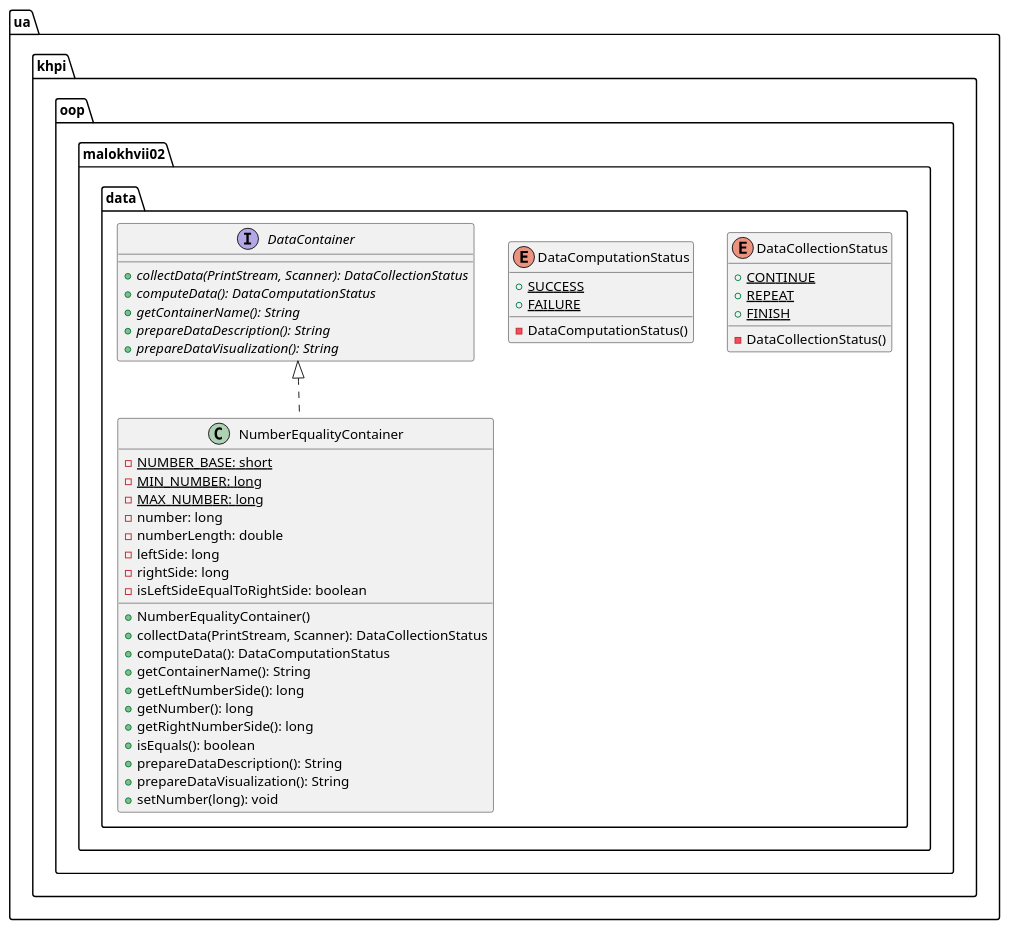
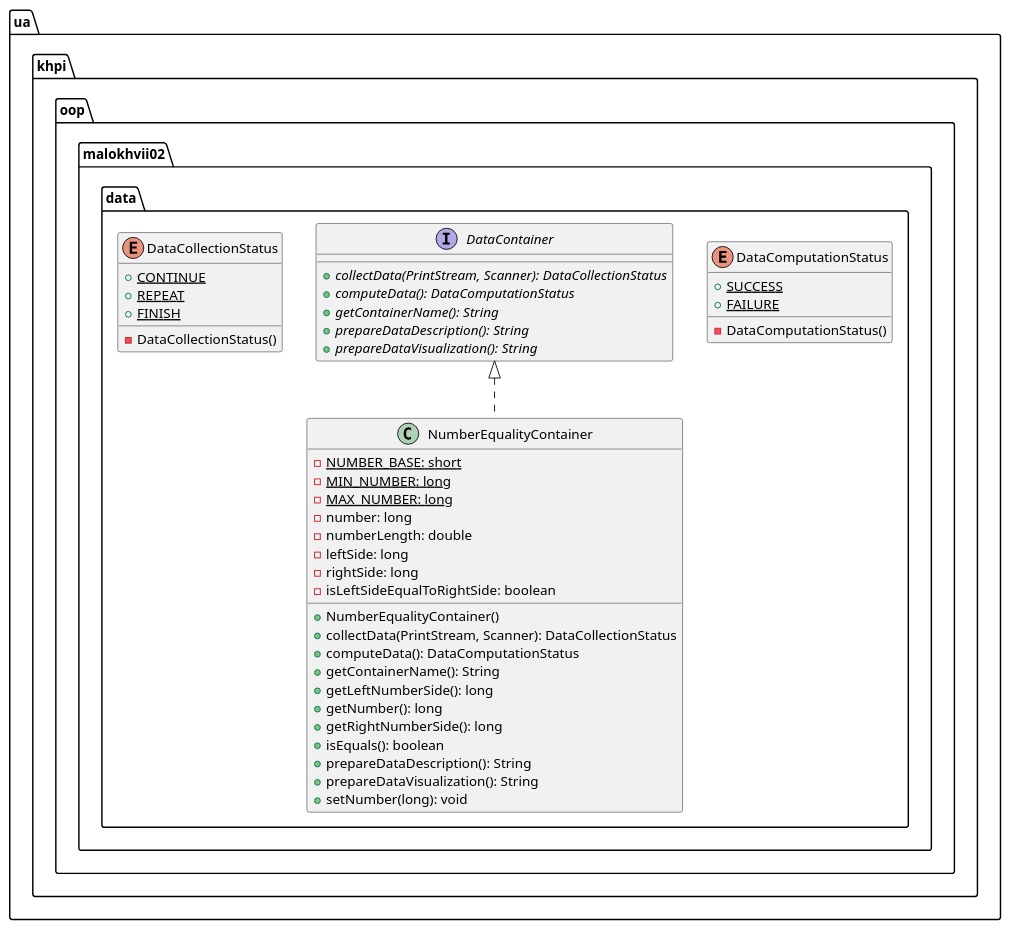
The diagram in malokhvii-eduard/malokhvii02/doc/plantuml/ua/khpi/oop/malokhvii02/data/package.puml (P-Kalin/kit26a), drawn with PlantUML before and after one commit. The commit also changed other lines of this file and 26 other files, not shown here.

Commit message:
#1, #3 malokhvii02: update graphs

```diff
--- a/malokhvii-eduard/malokhvii02/doc/plantuml/ua/khpi/oop/malokhvii02/data/package.puml
+++ b/malokhvii-eduard/malokhvii02/doc/plantuml/ua/khpi/oop/malokhvii02/data/package.puml
@@ -1,52 +1,52 @@
 @startuml
 
     namespace ua.khpi.oop.malokhvii02.data {
 
-        enum DataCollectionStatus {
-            {static} +CONTINUE
-            {static} +REPEAT
-            {static} +FINISH
-            -DataCollectionStatus()
+        enum DataComputationStatus {
+            {static} +SUCCESS
+            {static} +FAILURE
+            -DataComputationStatus()
         }
 
         class NumberEqualityContainer {
             {static} -NUMBER_BASE: short
             {static} -MIN_NUMBER: long
             {static} -MAX_NUMBER: long
             -number: long
             -numberLength: double
             -leftSide: long
             -rightSide: long
             -isLeftSideEqualToRightSide: boolean
             +NumberEqualityContainer()
             +collectData(PrintStream, Scanner): DataCollectionStatus
             +computeData(): DataComputationStatus
             +getContainerName(): String
             +getLeftNumberSide(): long
             +getNumber(): long
             +getRightNumberSide(): long
             +isEquals(): boolean
             +prepareDataDescription(): String
             +prepareDataVisualization(): String
             +setNumber(long): void
         }
 
-        enum DataComputationStatus {
-            {static} +SUCCESS
-            {static} +FAILURE
-            -DataComputationStatus()
-        }
-
         interface DataContainer {
             {abstract} +collectData(PrintStream, Scanner): DataCollectionStatus
             {abstract} +computeData(): DataComputationStatus
             {abstract} +getContainerName(): String
             {abstract} +prepareDataDescription(): String
             {abstract} +prepareDataVisualization(): String
         }
 
+        enum DataCollectionStatus {
+            {static} +CONTINUE
+            {static} +REPEAT
+            {static} +FINISH
+            -DataCollectionStatus()
+        }
+
         DataContainer <|.. NumberEqualityContainer
 
     }
 
 @enduml
```
